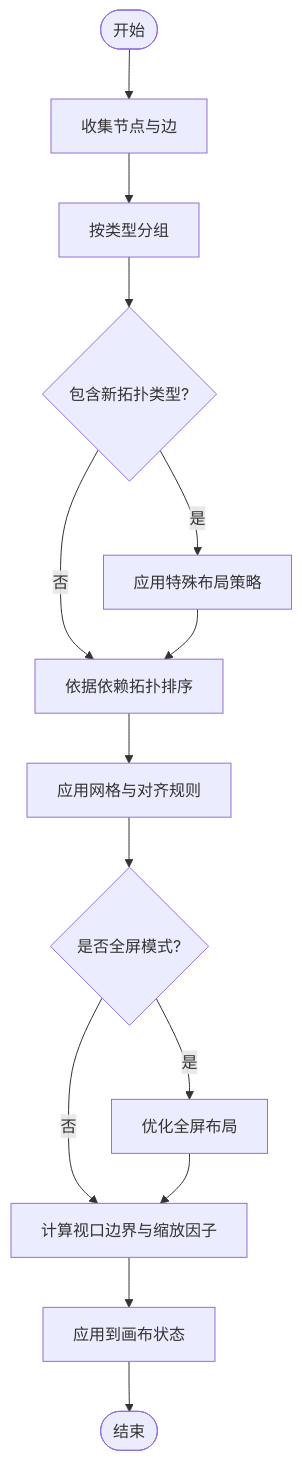
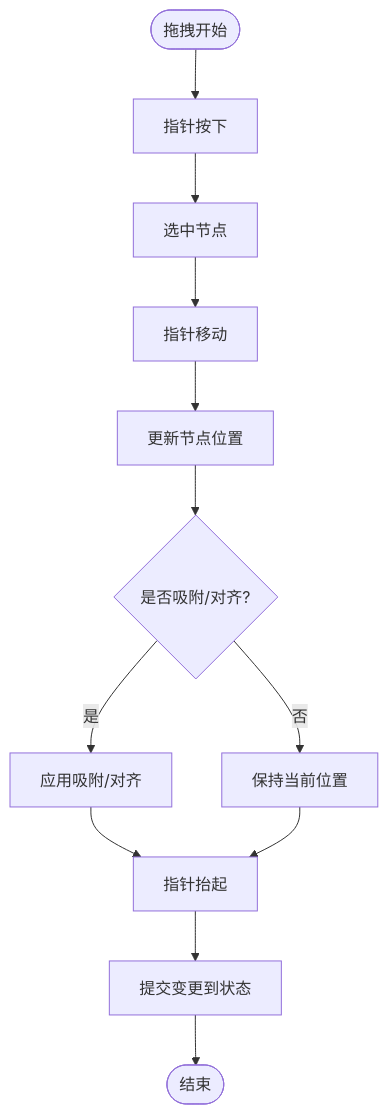
One commit to scottcwy/PurpleInk changed the sixth of 11 diagrams in .qoder/repowiki/zh/content/画布编辑器/画布编辑器.md. Above: the diagram before and after it, drawn with Mermaid. The commit also changed other lines of this file and 872 other files, not shown here.

````diff
--- a/.qoder/repowiki/zh/content/画布编辑器/画布编辑器.md
+++ b/.qoder/repowiki/zh/content/画布编辑器/画布编辑器.md
@@ -605,16 +348,14 @@
 ```mermaid
 flowchart TD
-Start(["开始"]) --> Collect["收集节点与边"]
-Collect --> Classify["按类型分组"]
-Classify --> NewTypes{"包含新拓扑类型?"}
-NewTypes --> |是| SpecialLayout["应用特殊布局策略"]
-NewTypes --> |否| Arrange["依据依赖拓扑排序"]
-SpecialLayout --> Arrange
-Arrange --> Snap["应用网格与对齐规则"]
-Snap --> CheckFullscreen{"是否全屏模式?"}
-CheckFullscreen --> |是| OptimizeFullscreen["优化全屏布局"]
-CheckFullscreen --> |否| Fit["计算视口边界与缩放因子"]
-OptimizeFullscreen --> Fit
-Fit --> Apply["应用到画布状态"]
-Apply --> End(["结束"])
+Start(["拖拽开始"]) --> OnPointerDown["指针按下"]
+OnPointerDown --> SelectNode["选中节点"]
+SelectNode --> OnPointerMove["指针移动"]
+OnPointerMove --> UpdatePosition["更新节点位置"]
+UpdatePosition --> SnapCheck{"是否吸附/对齐?"}
+SnapCheck --> |是| ApplySnap["应用吸附/对齐"]
+SnapCheck --> |否| KeepPos["保持当前位置"]
+ApplySnap --> OnPointerUp["指针抬起"]
+KeepPos --> OnPointerUp
+OnPointerUp --> CommitChange["提交变更到状态"]
+CommitChange --> End(["结束"])
 ```
````
